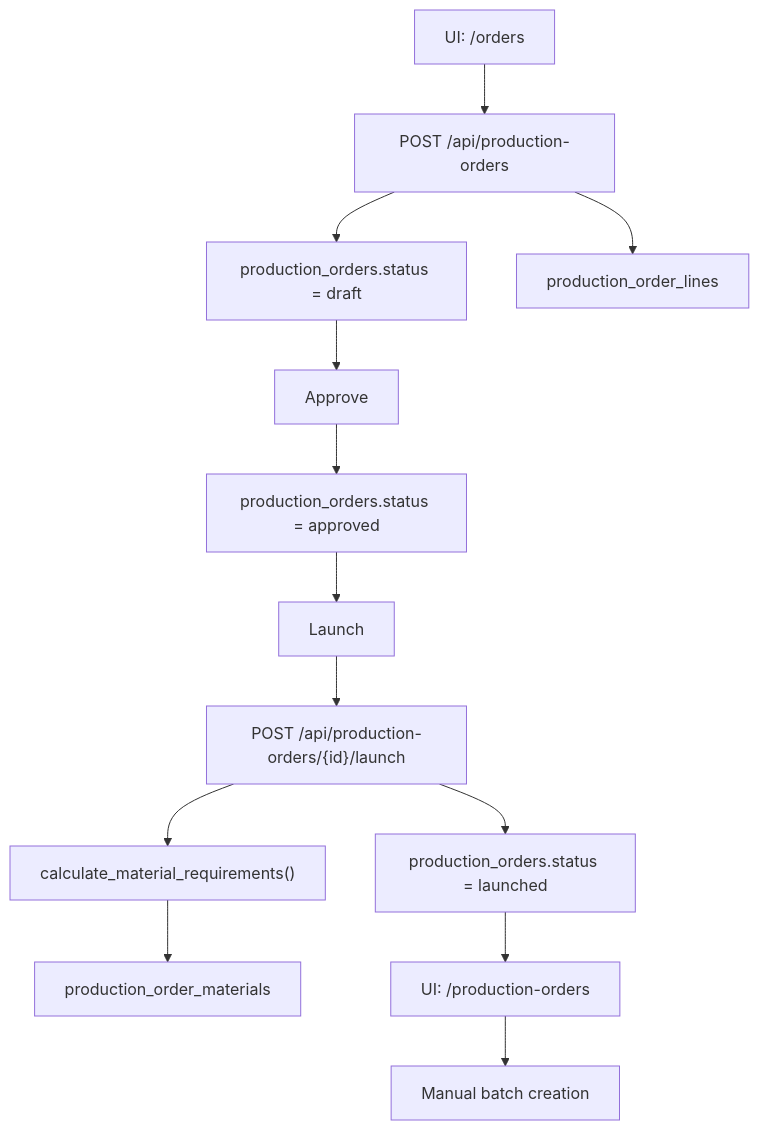
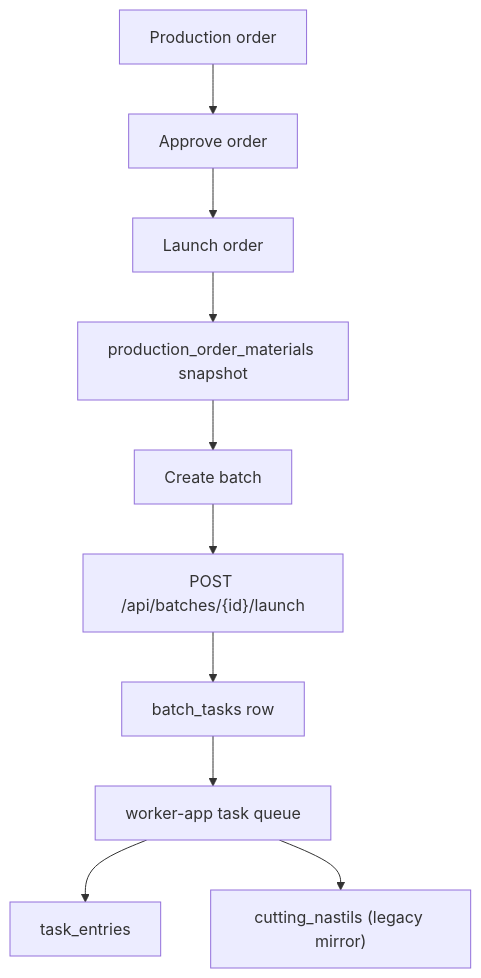
The first of 3 diagrams in crm/docs/production/manufacturing-process.md (yobozavrik/shveyka_v2), drawn with Mermaid before and after one commit. The commit also changed other lines of this file and 5 other files, not shown here.

Commit message:
Document CRM and worker API architecture

````diff
--- a/crm/docs/production/manufacturing-process.md
+++ b/crm/docs/production/manufacturing-process.md
@@ -29,15 +26,12 @@
 ```mermaid
 flowchart TD
-    A["UI: /orders"] --> B["POST /api/production-orders"]
-    B --> C["production_orders.status = draft"]
-    B --> D["production_order_lines"]
-    C --> E["Approve"]
-    E --> F["production_orders.status = approved"]
-    F --> G["Launch"]
-    G --> H["POST /api/production-orders/{id}/launch"]
-    H --> I["calculate_material_requirements()"]
-    H --> J["production_orders.status = launched"]
-    I --> K["production_order_materials"]
-    J --> L["UI: /production-orders"]
-    L --> M["Manual batch creation"]
+  A["Production order"] --> B["Approve order"]
+  B --> C["Launch order"]
+  C --> D["production_order_materials snapshot"]
+  D --> E["Create batch"]
+  E --> F["POST /api/batches/{id}/launch"]
+  F --> G["batch_tasks row"]
+  G --> H["worker-app task queue"]
+  H --> I["task_entries"]
+  H --> J["cutting_nastils (legacy mirror)"]
 ```
````
